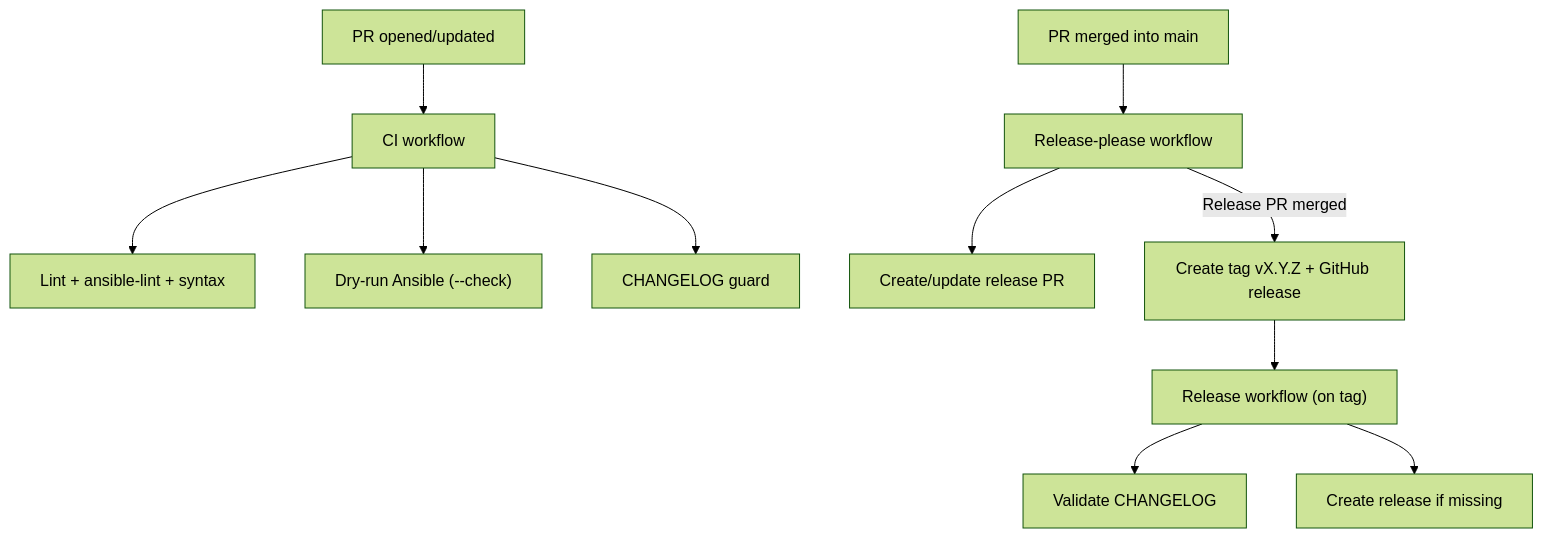
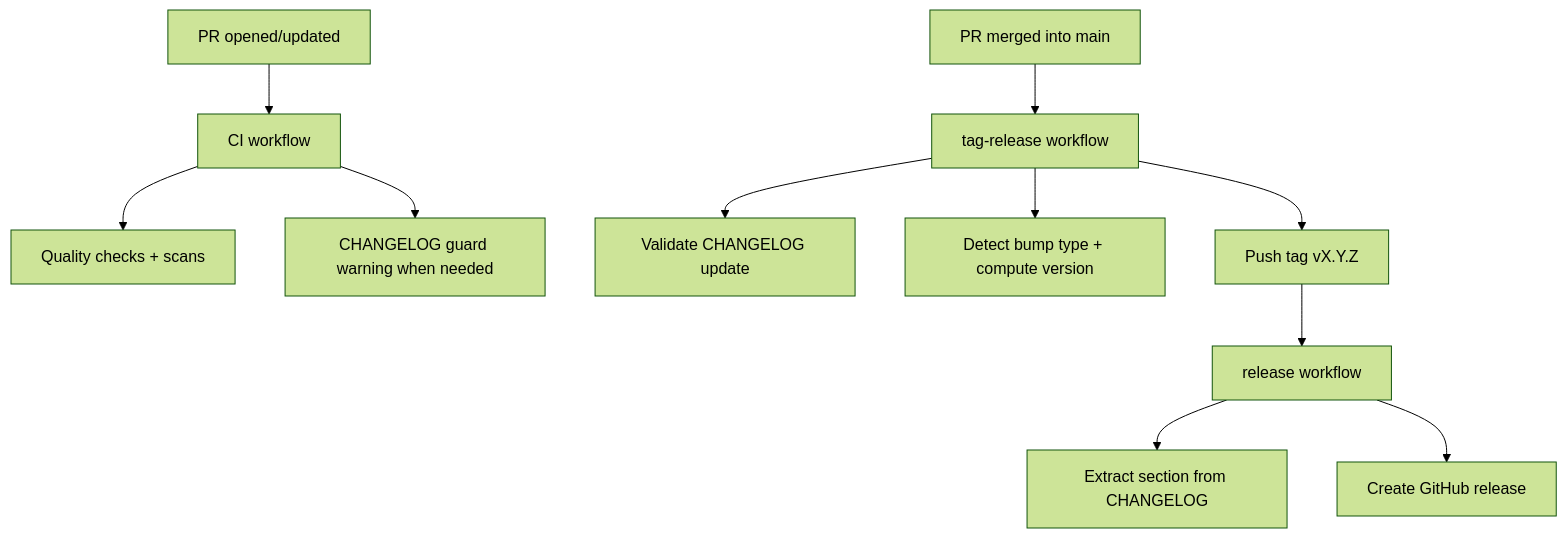
The diagram in docs/WORKFLOWS.md (jasonouellet/wsl-ubuntu-bootstrap), drawn with Mermaid (forest theme) before and after one commit. The commit also changed other lines of this file and 2 other files, not shown here.

Commit message:
doc: update doc with workflow changes

````diff
--- a/docs/WORKFLOWS.md
+++ b/docs/WORKFLOWS.md
@@ -251,15 +104,15 @@
 ```mermaid
 flowchart TD
-  A["PR opened/updated"] --> B["CI workflow"]
-  B --> B1["Lint + ansible-lint + syntax"]
-  B --> B2["Dry-run Ansible (--check)"]
-  B --> B3["CHANGELOG guard"]
+  A[PR opened/updated] --> B[CI workflow]
+  B --> B1[Quality checks + scans]
+  B --> B2[CHANGELOG guard warning when needed]
 
-  C["PR merged into main"] --> D["Release-please workflow"]
-  D --> D1["Create/update release PR"]
-  D -->|"Release PR merged"| D2["Create tag vX.Y.Z + GitHub release"]
+  C[PR merged into main] --> D[tag-release workflow]
+  D --> D1[Validate CHANGELOG update]
+  D --> D2[Detect bump type + compute version]
+  D --> D3[Push tag vX.Y.Z]
 
-  D2 --> E["Release workflow (on tag)"]
-  E --> E1["Validate CHANGELOG"]
-  E --> E2["Create release if missing"]
+  D3 --> E[release workflow]
+  E --> E1[Extract section from CHANGELOG]
+  E --> E2[Create GitHub release]
 ```
````
